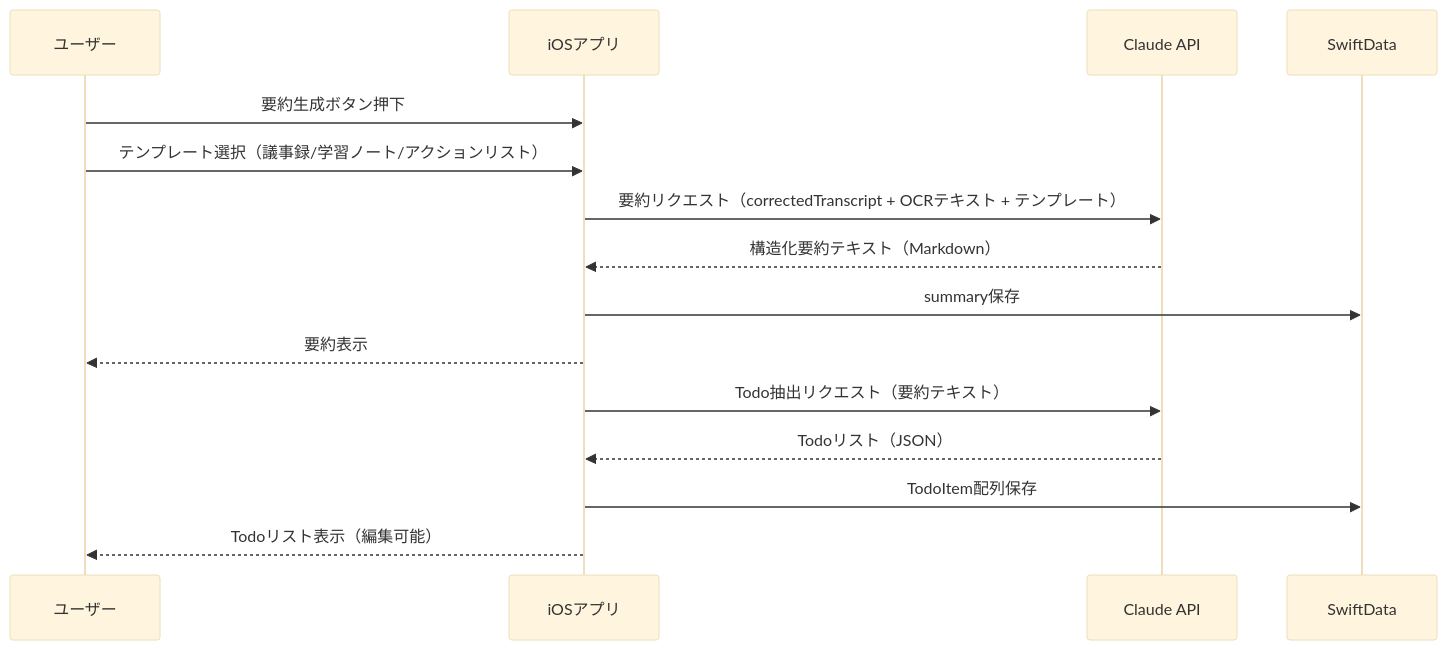
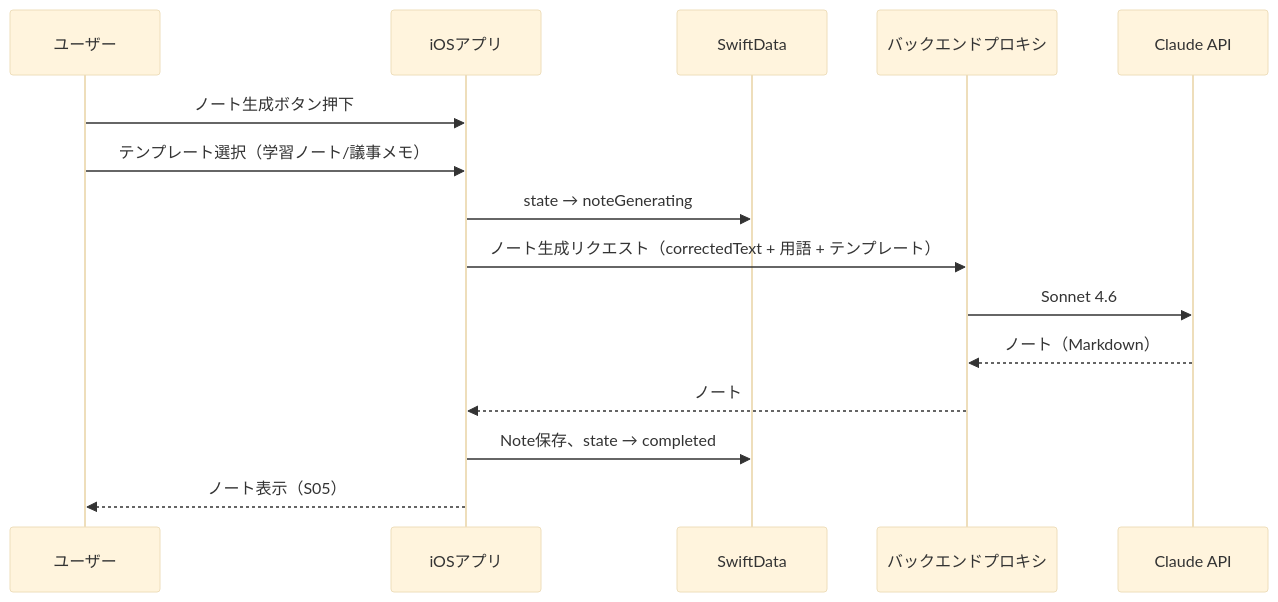
Before and after one commit to koichi1115/koenote-docs: the third of 4 diagrams in STT-Docs/design.md, drawn with Mermaid (base theme). The commit also changed other lines of this file and 3 other files, not shown here.

````diff
--- a/STT-Docs/design.md
+++ b/STT-Docs/design.md
@@ -337,19 +556,18 @@
 ```mermaid
 sequenceDiagram
     participant U as ユーザー
     participant App as iOSアプリ
-    participant AI as Claude API
     participant DB as SwiftData
+    participant Proxy as バックエンドプロキシ
+    participant Claude as Claude API
 
-    U->>App: 要約生成ボタン押下
-    U->>App: テンプレート選択（議事録/学習ノート/アクションリスト）
-    App->>AI: 要約リクエスト（correctedTranscript + OCRテキスト + テンプレート）
-    AI-->>App: 構造化要約テキスト（Markdown）
-    App->>DB: summary保存
-    App-->>U: 要約表示
-
-    App->>AI: Todo抽出リクエスト（要約テキスト）
-    AI-->>App: Todoリスト（JSON）
-    App->>DB: TodoItem配列保存
-    App-->>U: Todoリスト表示（編集可能）
+    U->>App: ノート生成ボタン押下
+    U->>App: テンプレート選択（学習ノート/議事メモ）
+    App->>DB: state → noteGenerating
+    App->>Proxy: ノート生成リクエスト（correctedText + 用語 + テンプレート）
+    Proxy->>Claude: Sonnet 4.6
+    Claude-->>Proxy: ノート（Markdown）
+    Proxy-->>App: ノート
+    App->>DB: Note保存、state → completed
+    App-->>U: ノート表示（S05）
 ```
````
